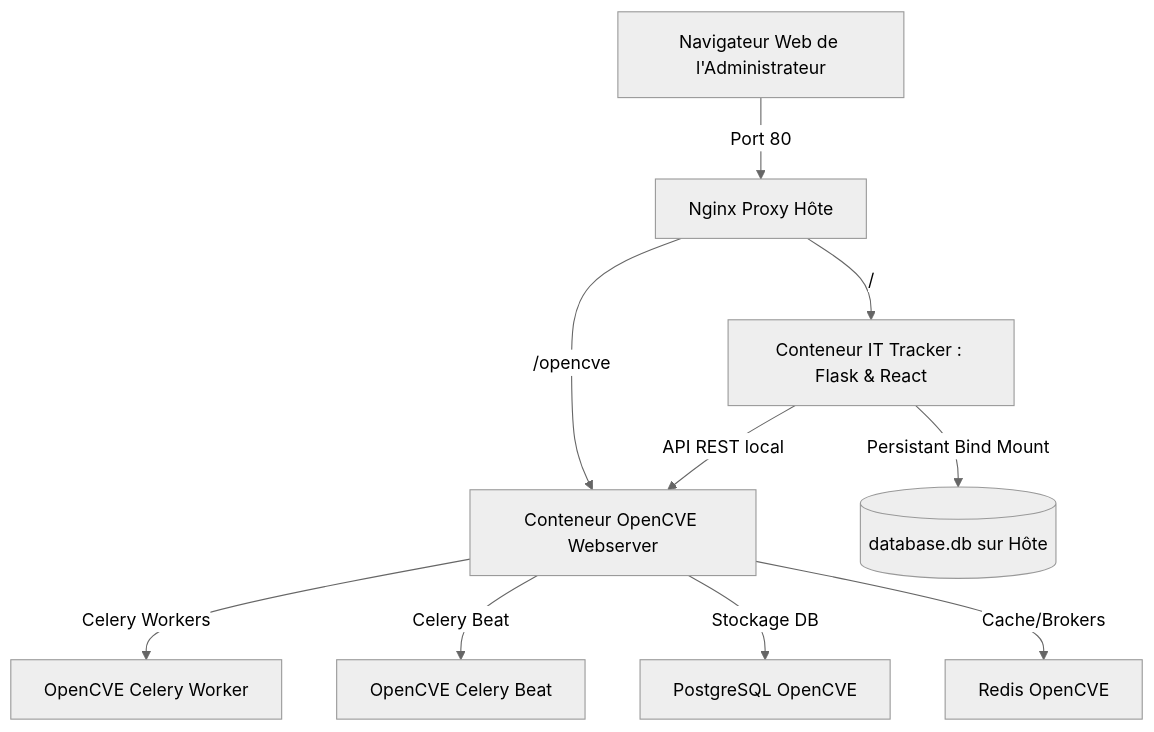
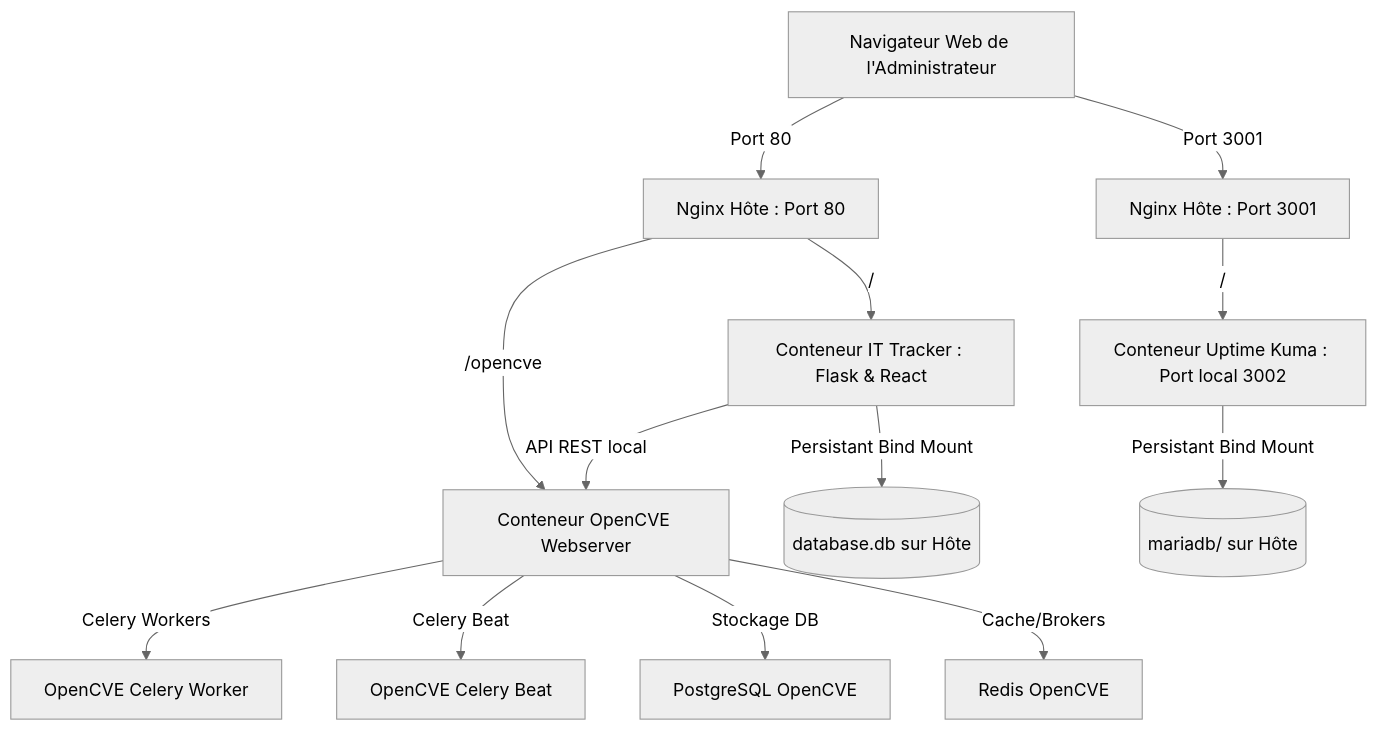
One commit to combesm/it-tracker changed the diagram in README.md. Above: the diagram before and after it, drawn with Mermaid (neutral theme). The commit also changed other lines of this file and 8 other files, not shown here.

Commit message:
feat: integrate optional Uptime Kuma v2 with Nginx port 3001 proxy and optimize feed sync

````diff
--- a/README.md
+++ b/README.md
@@ -13,12 +13,15 @@
 ```mermaid
 graph TD
-    Client[Navigateur Web de l'Administrateur] -->|Port 80| NginxHost[Nginx Proxy Hôte]
-    NginxHost -->|/| ITTracker[Conteneur IT Tracker : Flask & React]
-    NginxHost -->|/opencve| OpenCVEWeb[Conteneur OpenCVE Webserver]
+    Client[Navigateur Web de l'Administrateur] -->|Port 80| NginxHost80[Nginx Hôte : Port 80]
+    Client -->|Port 3001| NginxHost3001[Nginx Hôte : Port 3001]
+    NginxHost80 -->|/| ITTracker[Conteneur IT Tracker : Flask & React]
+    NginxHost80 -->|/opencve| OpenCVEWeb[Conteneur OpenCVE Webserver]
+    NginxHost3001 -->|/| UptimeKuma[Conteneur Uptime Kuma : Port local 3002]
     ITTracker -->|API REST local| OpenCVEWeb
     OpenCVEWeb -->|Celery Workers| CeleryWorker[OpenCVE Celery Worker]
     OpenCVEWeb -->|Celery Beat| CeleryBeat[OpenCVE Celery Beat]
     OpenCVEWeb -->|Stockage DB| Postgres[PostgreSQL OpenCVE]
     OpenCVEWeb -->|Cache/Brokers| Redis[Redis OpenCVE]
     ITTracker -->|Persistant Bind Mount| SQLite[(database.db sur Hôte)]
+    UptimeKuma -->|Persistant Bind Mount| KumaDB[(mariadb/ sur Hôte)]
 ```
````
